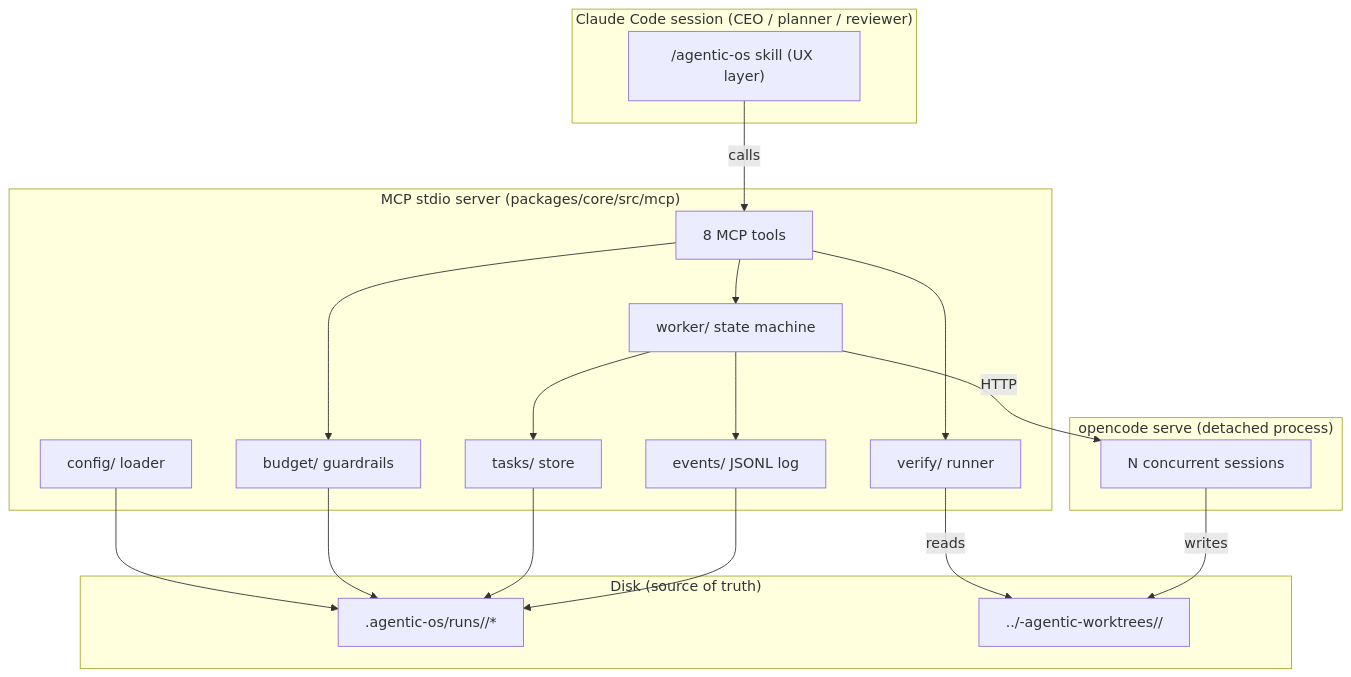
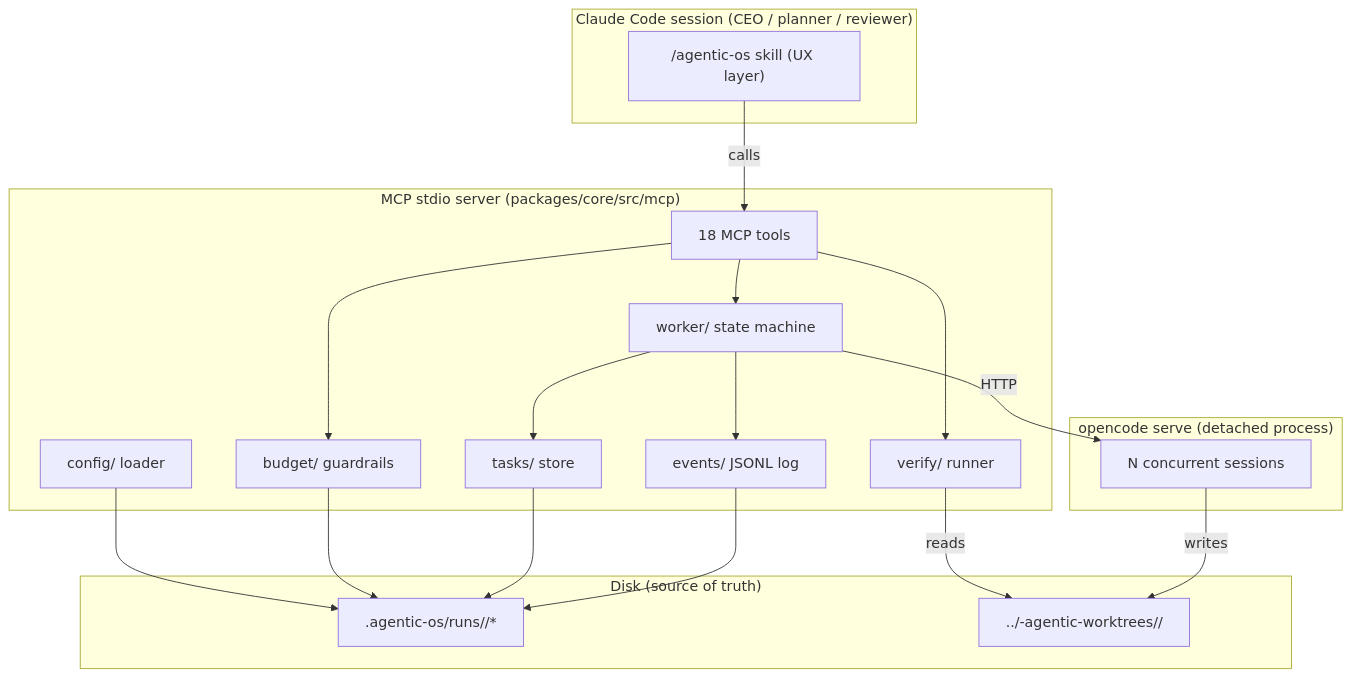
Before and after one commit to Bhavya-Dhoot/Cohort: the first of 3 diagrams in docs/ARCHITECTURE.md, drawn with Mermaid. The commit also changed other lines of this file and 3 other files, not shown here.

First line of the commit message:
M4 complete: $0 acceptance (worker + live custom-check override + run_report renders); gate-4, ARCHITECTURE M1-M4 refresh, m4-accept script

````diff
--- a/docs/ARCHITECTURE.md
+++ b/docs/ARCHITECTURE.md
@@ -104,35 +141,35 @@
 ```mermaid
 flowchart TB
     subgraph ClaudeCode["Claude Code session (CEO / planner / reviewer)"]
         Skill["/agentic-os skill (UX layer)"]
     end
     subgraph MCPServer["MCP stdio server (packages/core/src/mcp)"]
-        Tools["8 MCP tools"]
+        Tools["18 MCP tools"]
         Worker["worker/ state machine"]
         Budget["budget/ guardrails"]
         Verify["verify/ runner"]
         Events["events/ JSONL log"]
         Tasks["tasks/ store"]
         Config["config/ loader"]
     end
     subgraph OC["opencode serve (detached process)"]
         Sessions["N concurrent sessions"]
     end
     subgraph Disk["Disk (source of truth)"]
         RunState[".agentic-os/runs/<runId>/*"]
         Worktrees["../<project>-agentic-worktrees/<runId>/<workerId>"]
     end
     Skill -->|calls| Tools
     Tools --> Worker
     Tools --> Budget
     Tools --> Verify
     Worker -->|HTTP| Sessions
     Worker --> Events
     Worker --> Tasks
     Sessions -->|writes| Worktrees
     Events --> RunState
     Tasks --> RunState
     Budget --> RunState
     Config --> RunState
     Verify -->|reads| Worktrees
 ```
````
